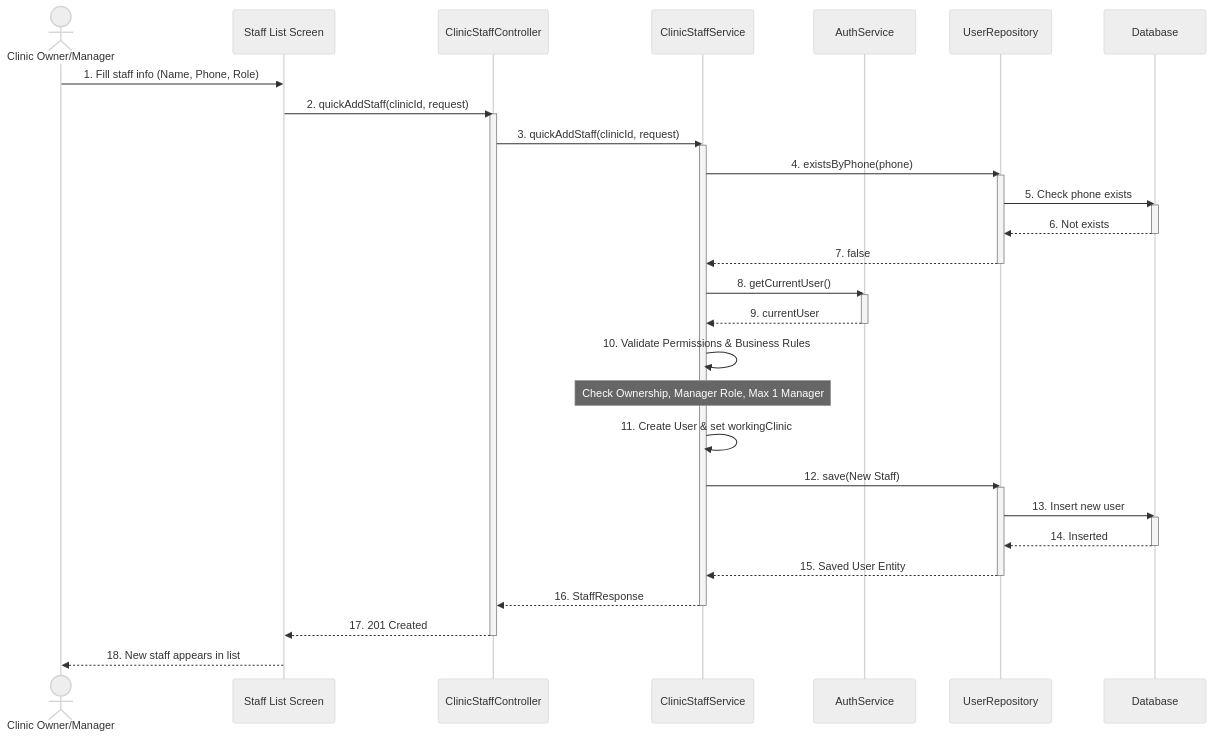
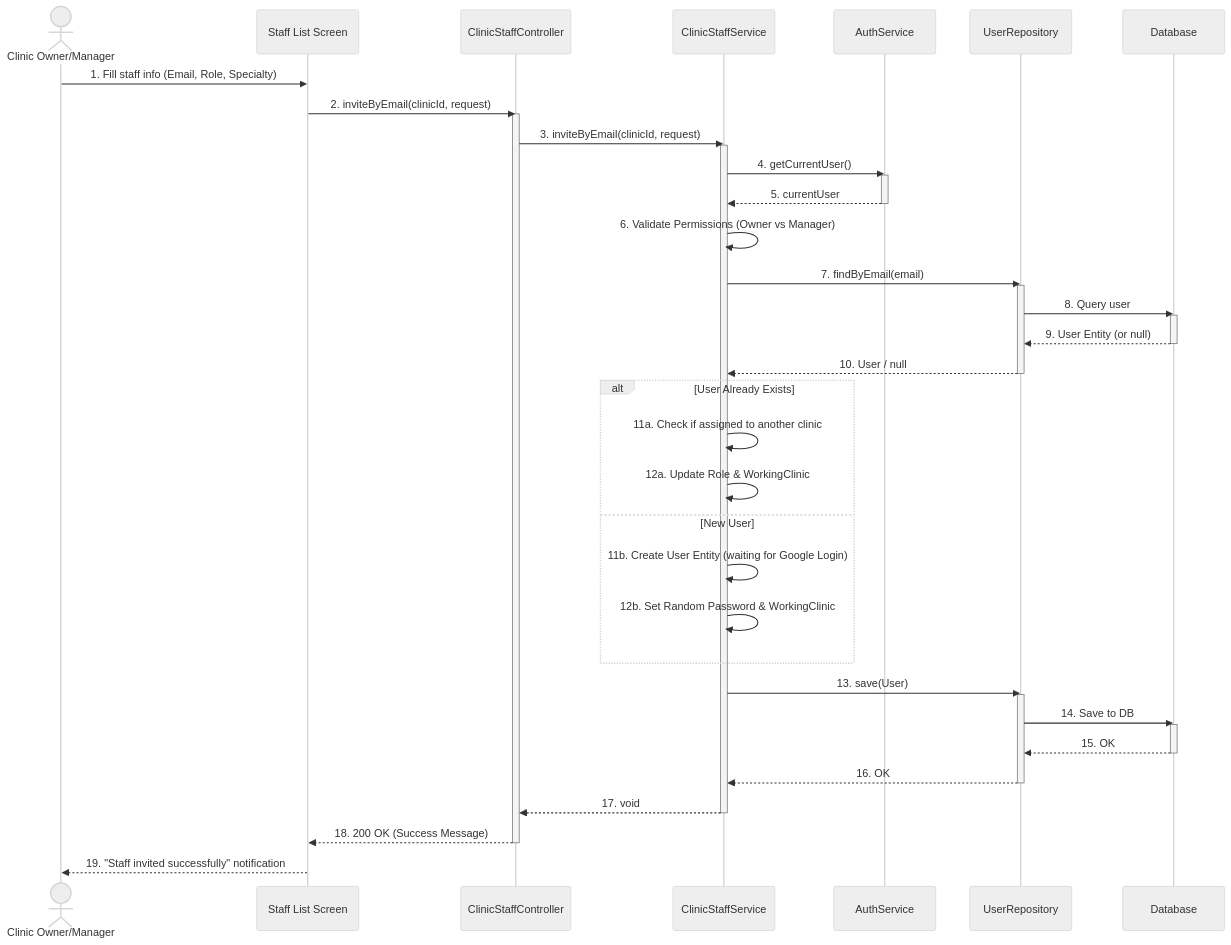
Diagram 26 of 44 in docs-references/documentation/SDD/REPORT_4_SDD_SYSTEM_DESIGN.md (espresso23/Petties-Veterinary-Appointment-Booking-Platform), drawn with Mermaid (neutral theme) before and after one commit. The commit also changed other lines of this file and 105 other files, not shown here.

````diff
--- a/docs-references/documentation/SDD/REPORT_4_SDD_SYSTEM_DESIGN.md
+++ b/docs-references/documentation/SDD/REPORT_4_SDD_SYSTEM_DESIGN.md
@@ -2154,44 +2018,49 @@
 ```mermaid
 sequenceDiagram
     actor O as Clinic Owner/Manager
     participant UI as Staff List Screen
     participant SC as ClinicStaffController
     participant SS as ClinicStaffService
     participant AS as AuthService
     participant UR as UserRepository
     participant DB as Database
 
-    O->>UI: 1. Fill staff info (Name, Phone, Role)
-    UI->>SC: 2. quickAddStaff(clinicId, request)
+    O->>UI: 1. Fill staff info (Email, Role, Specialty)
+    UI->>SC: 2. inviteByEmail(clinicId, request)
     activate SC
-    SC->>SS: 3. quickAddStaff(clinicId, request)
+    SC->>SS: 3. inviteByEmail(clinicId, request)
     activate SS
-    SS->>UR: 4. existsByPhone(phone)
+    SS->>AS: 4. getCurrentUser()
+    activate AS
+    AS-->>SS: 5. currentUser
+    deactivate AS
+    SS->>SS: 6. Validate Permissions (Owner vs Manager)
+    SS->>UR: 7. findByEmail(email)
     activate UR
-    UR->>DB: 5. Check phone exists
+    UR->>DB: 8. Query user
     activate DB
-    DB-->>UR: 6. Not exists
+    DB-->>UR: 9. User Entity (or null)
     deactivate DB
-    UR-->>SS: 7. false
+    UR-->>SS: 10. User / null
     deactivate UR
-    SS->>AS: 8. getCurrentUser()
-    activate AS
-    AS-->>SS: 9. currentUser
-    deactivate AS
-    SS->>SS: 10. Validate Permissions & Business Rules
-    Note over SS: Check Ownership, Manager Role, Max 1 Manager
-    SS->>SS: 11. Create User & set workingClinic
-    SS->>UR: 12. save(New Staff)
+    alt User Already Exists
+        SS->>SS: 11a. Check if assigned to another clinic
+        SS->>SS: 12a. Update Role & WorkingClinic
+    else New User
+        SS->>SS: 11b. Create User Entity (waiting for Google Login)
+        SS->>SS: 12b. Set Random Password & WorkingClinic
+    end
+    SS->>UR: 13. save(User)
     activate UR
-    UR->>DB: 13. Insert new user
+    UR->>DB: 14. Save to DB
     activate DB
-    DB-->>UR: 14. Inserted
+    DB-->>UR: 15. OK
     deactivate DB
-    UR-->>SS: 15. Saved User Entity
+    UR-->>SS: 16. OK
     deactivate UR
-    SS-->>SC: 16. StaffResponse
+    SS-->>SC: 17. void
     deactivate SS
-    SC-->>UI: 17. 201 Created
+    SC-->>UI: 18. 200 OK (Success Message)
     deactivate SC
-    UI-->>O: 18. New staff appears in list
+    UI-->>O: 19. "Staff invited successfully" notification
 ```
````
